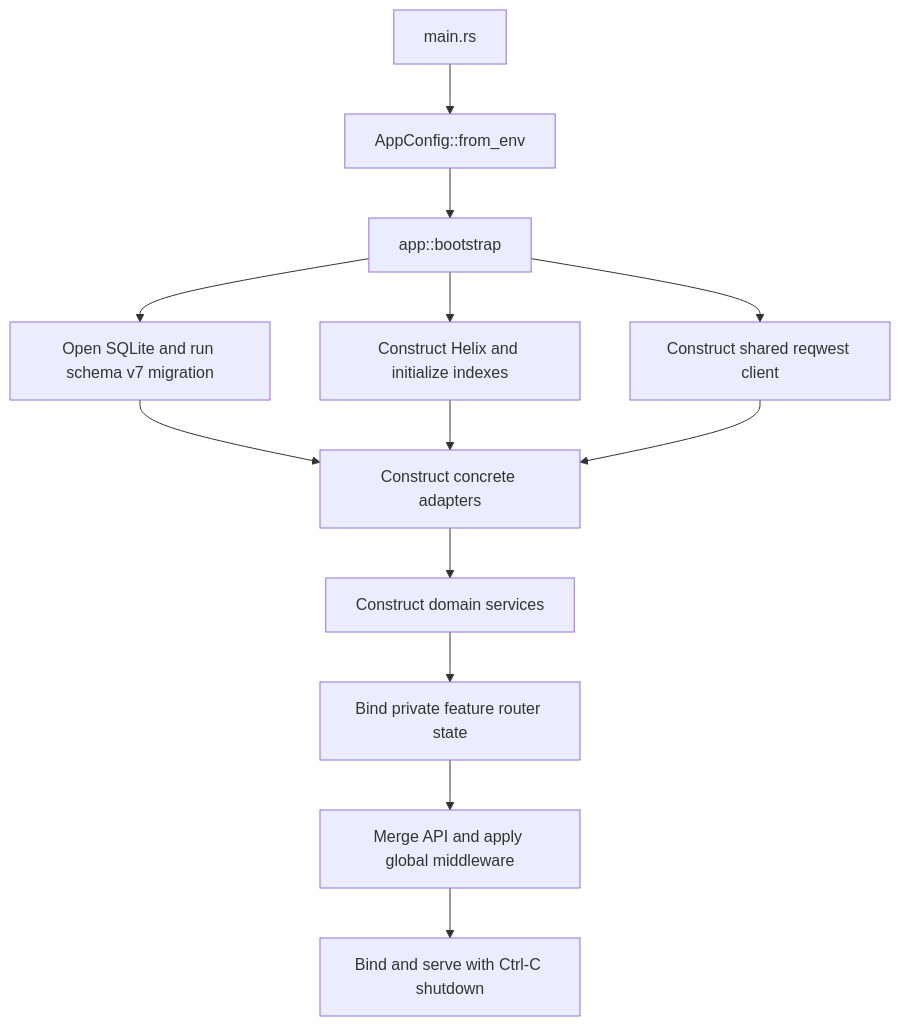
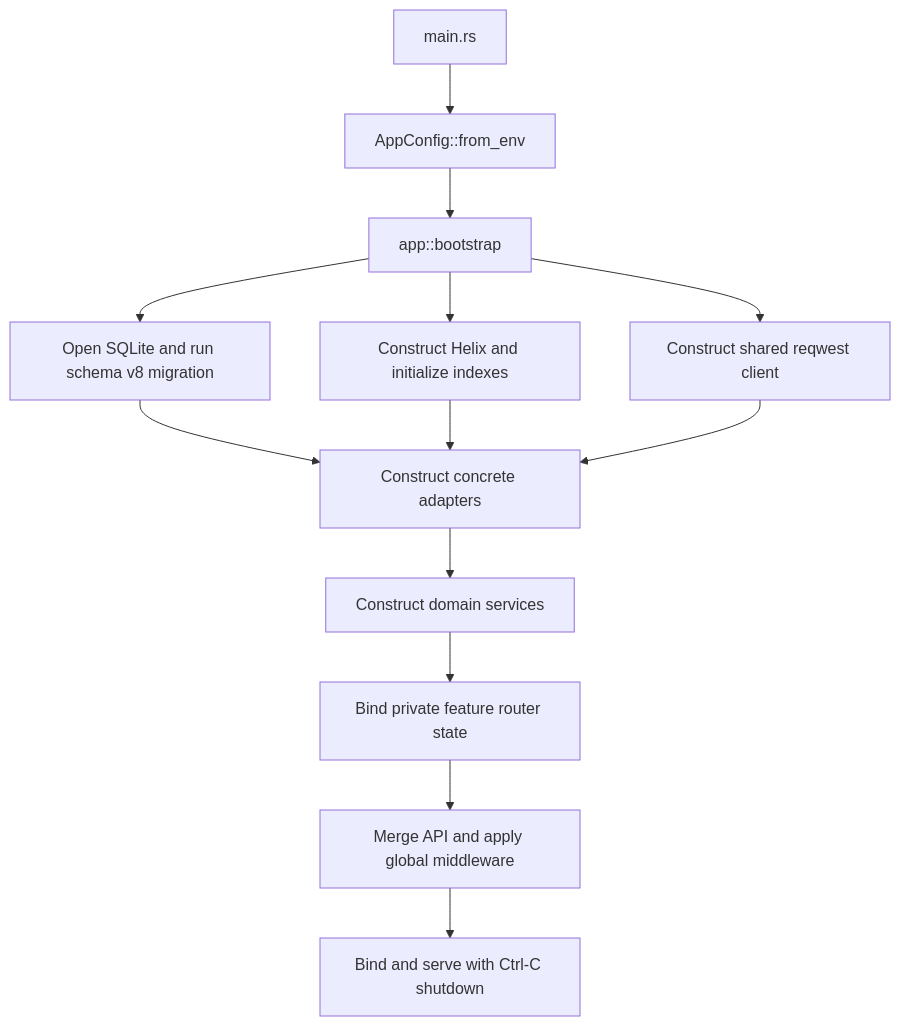
One commit to ratik-gambhir-WM/Quarry changed the second of 3 diagrams in docs/ARCHITECTURE.md. Above: the diagram before and after it, drawn with Mermaid. The commit also changed other lines of this file and 33 other files, not shown here.

````diff
--- a/docs/ARCHITECTURE.md
+++ b/docs/ARCHITECTURE.md
@@ -727,15 +741,15 @@
 ```mermaid
 flowchart TD
     Main[main.rs] --> Config[AppConfig::from_env]
     Config --> Bootstrap[app::bootstrap]
-    Bootstrap --> Sqlite[Open SQLite and run schema v7 migration]
+    Bootstrap --> Sqlite[Open SQLite and run schema v8 migration]
     Bootstrap --> Helix[Construct Helix and initialize indexes]
     Bootstrap --> Http[Construct shared reqwest client]
     Sqlite --> Adapters[Construct concrete adapters]
     Helix --> Adapters
     Http --> Adapters
     Adapters --> Domains[Construct domain services]
     Domains --> FeatureRouters[Bind private feature router state]
     FeatureRouters --> Router[Merge API and apply global middleware]
     Router --> Serve[Bind and serve with Ctrl-C shutdown]
 ```
````
